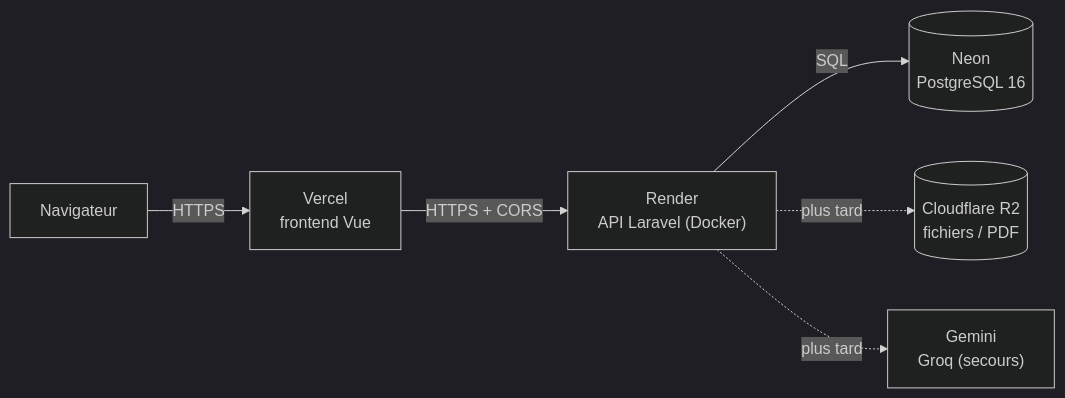
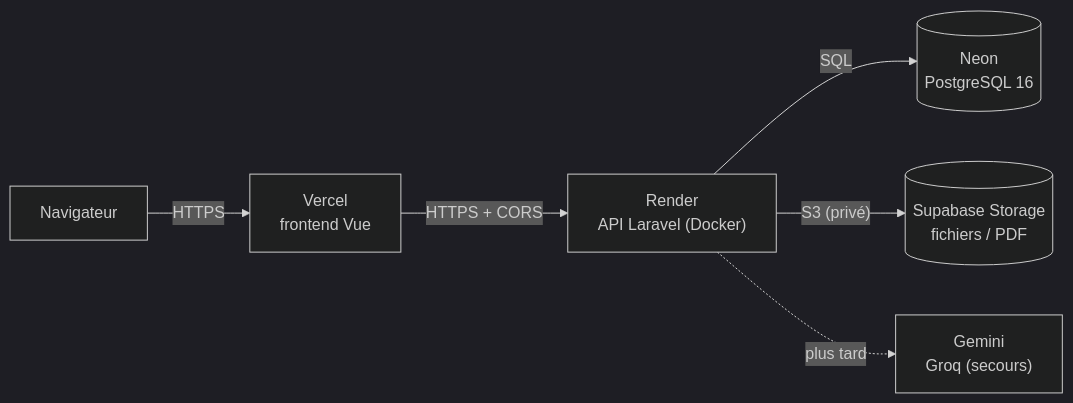
Before and after one commit to ChahredineBACCOUCH/uniconnect: the diagram in docs/deploiement.md, drawn with Mermaid (dark theme). The commit also changed other lines of this file and 7 other files, not shown here.

````diff
--- a/docs/deploiement.md
+++ b/docs/deploiement.md
@@ -13,8 +13,8 @@
 ```mermaid
 flowchart LR
   B["Navigateur"] -->|"HTTPS"| VE["Vercel<br/>frontend Vue"]
   VE -->|"HTTPS + CORS"| RE["Render<br/>API Laravel (Docker)"]
   RE -->|"SQL"| NE[("Neon<br/>PostgreSQL 16")]
-  RE -.->|"plus tard"| R2[("Cloudflare R2<br/>fichiers / PDF")]
+  RE -->|"S3 (privé)"| SB[("Supabase Storage<br/>fichiers / PDF")]
   RE -.->|"plus tard"| IA["Gemini<br/>Groq (secours)"]
 ```
````
